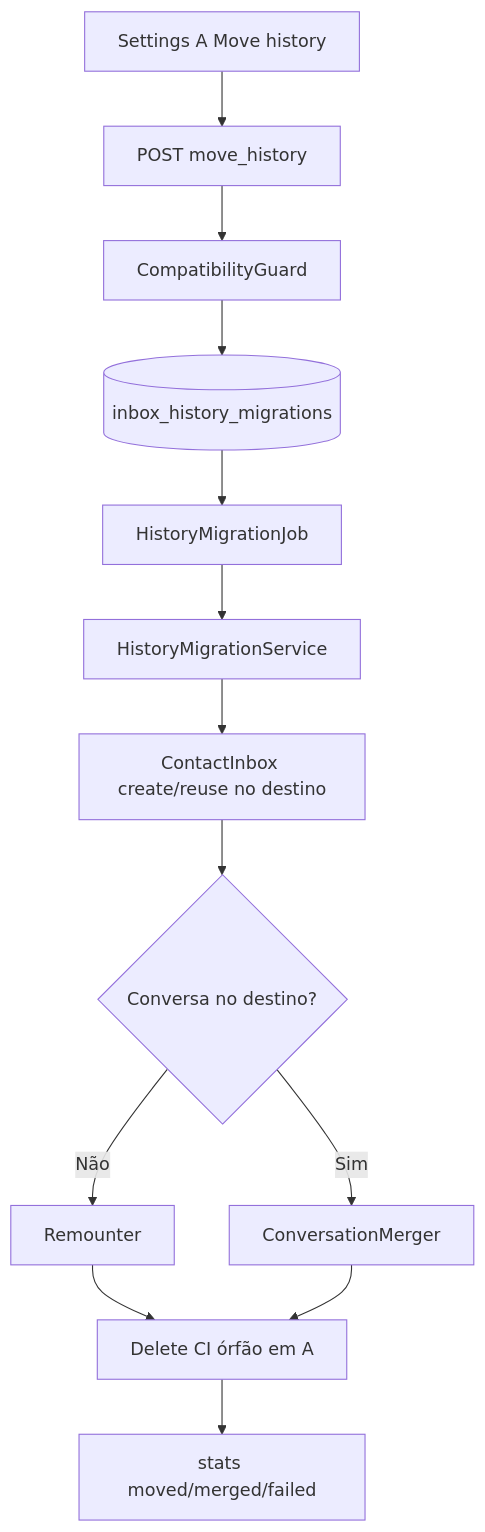
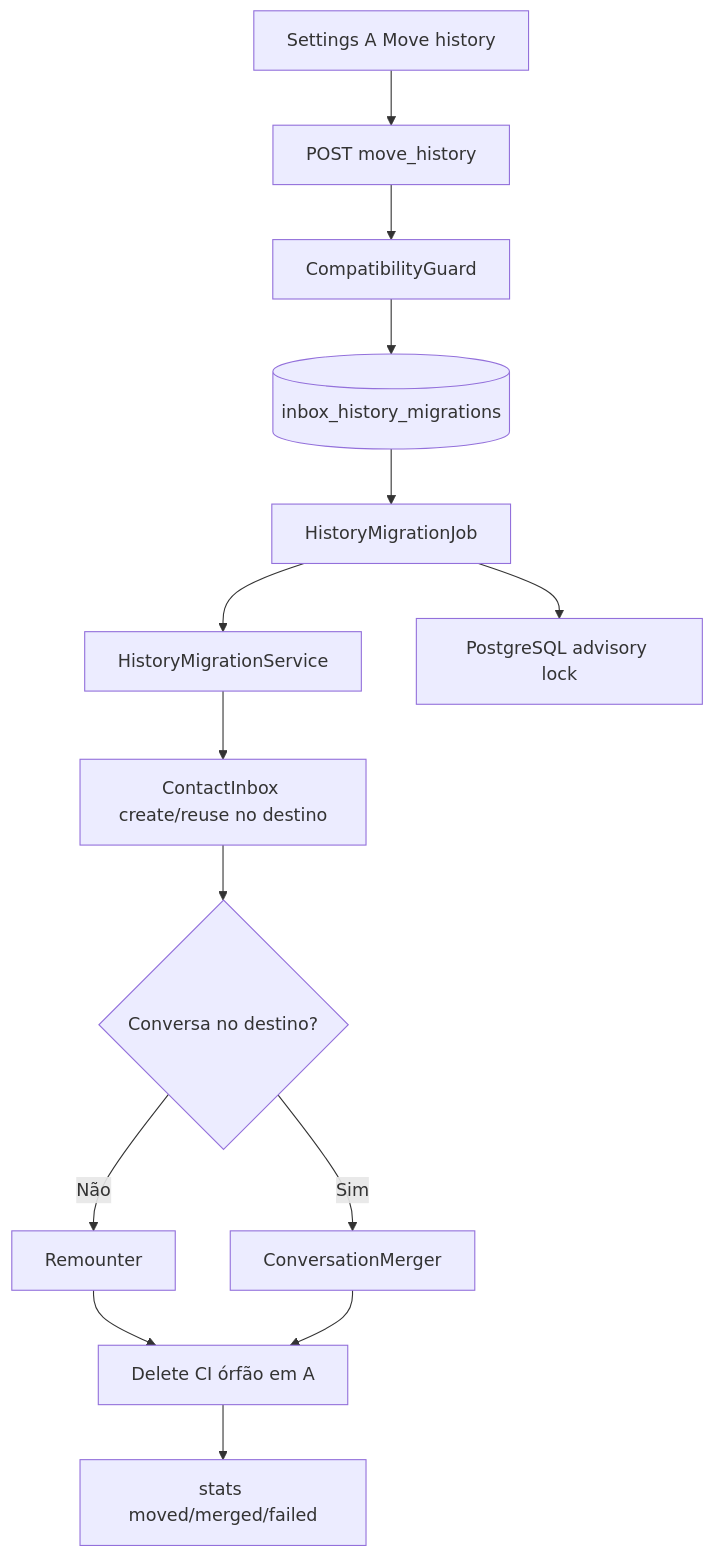
Before and after one commit to cesar-carlos/chatwoot: the diagram in doc/feature/inbox-history-migration/README.md, drawn with Mermaid. The commit also changed other lines of this file and 19 other files, not shown here.

````diff
--- a/doc/feature/inbox-history-migration/README.md
+++ b/doc/feature/inbox-history-migration/README.md
@@ -62,15 +66,16 @@
 ```mermaid
 flowchart TD
   UI[Settings A Move history] --> API["POST move_history"]
   API --> Guard[CompatibilityGuard]
   Guard --> Row[(inbox_history_migrations)]
   Row --> Job[HistoryMigrationJob]
   Job --> Svc[HistoryMigrationService]
   Svc --> CI["ContactInbox create/reuse no destino"]
+  Job --> Lock[PostgreSQL advisory lock]
   CI --> Resolve{Conversa no destino?}
   Resolve -->|Não| Remount[Remounter]
   Resolve -->|Sim| Merge[ConversationMerger]
   Remount --> Cleanup[Delete CI órfão em A]
   Merge --> Cleanup
   Cleanup --> Stats[stats moved/merged/failed]
 ```
````
